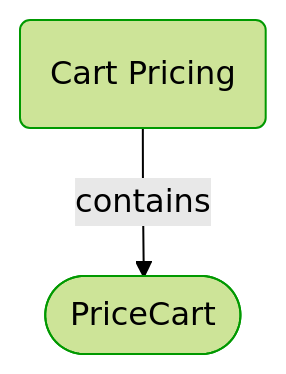
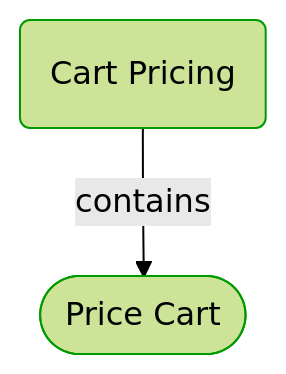
One commit to itlibrium/DDD-starter-dotnet changed the third of 5 diagrams in Docs/P3/MermaidOutput/Domain/Concepts/Sales/OnlineOrdering/CartPricing/CartPricing.md. Above: the diagram before and after it, drawn with Mermaid (forest theme). The commit also changed other lines of this file and 51 other files, not shown here.

````diff
--- a/Docs/P3/MermaidOutput/Domain/Concepts/Sales/OnlineOrdering/CartPricing/CartPricing.md
+++ b/Docs/P3/MermaidOutput/Domain/Concepts/Sales/OnlineOrdering/CartPricing/CartPricing.md
@@ -53,11 +53,11 @@
 ```mermaid
   flowchart TB
     0(Cart Pricing)
     class 0 DomainPerspective
-    1([PriceCart])
+    1([Price Cart])
     class 1 DomainPerspective
     0-->|contains|1
     classDef DomainPerspective stroke:#009900
     classDef TechnologyPerspective stroke:#1F41EB
     classDef PeoplePerspective stroke:#FFF014
 ```
````
